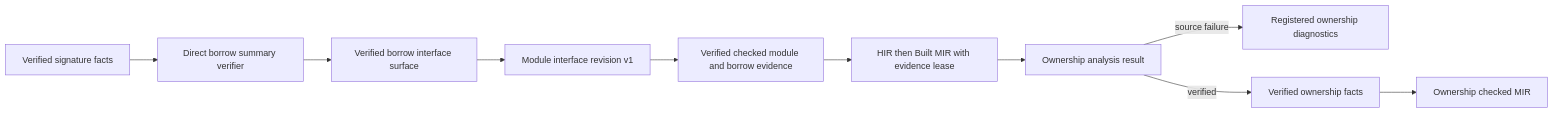
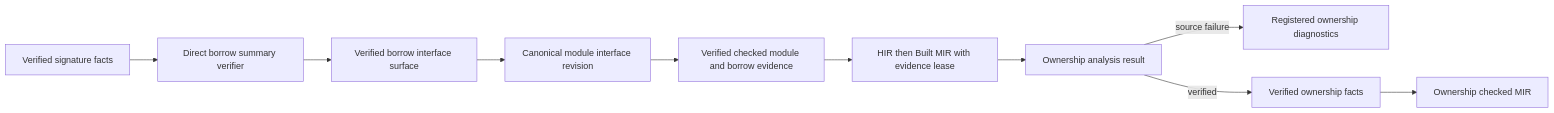
Before and after one commit to Zzzode/ZOM: the diagram in docs/rfc/0013-ownership-analysis-integration-boundary.md, drawn with Mermaid. The commit also changed other lines of this file and 211 other files, not shown here.

````diff
--- a/docs/rfc/0013-ownership-analysis-integration-boundary.md
+++ b/docs/rfc/0013-ownership-analysis-integration-boundary.md
@@ -801,12 +798,12 @@
 ```mermaid
 flowchart LR
   S[Verified signature facts] --> B[Direct borrow summary verifier]
   B --> I[Verified borrow interface surface]
-  I --> M[Module interface revision v1]
+  I --> M[Canonical module interface revision]
   M --> C[Verified checked module and borrow evidence]
   C --> H[HIR then Built MIR with evidence lease]
   H --> O[Ownership analysis result]
   O -->|source failure| D[Registered ownership diagnostics]
   O -->|verified| F[Verified ownership facts]
   F --> X[Ownership checked MIR]
 ```
````
